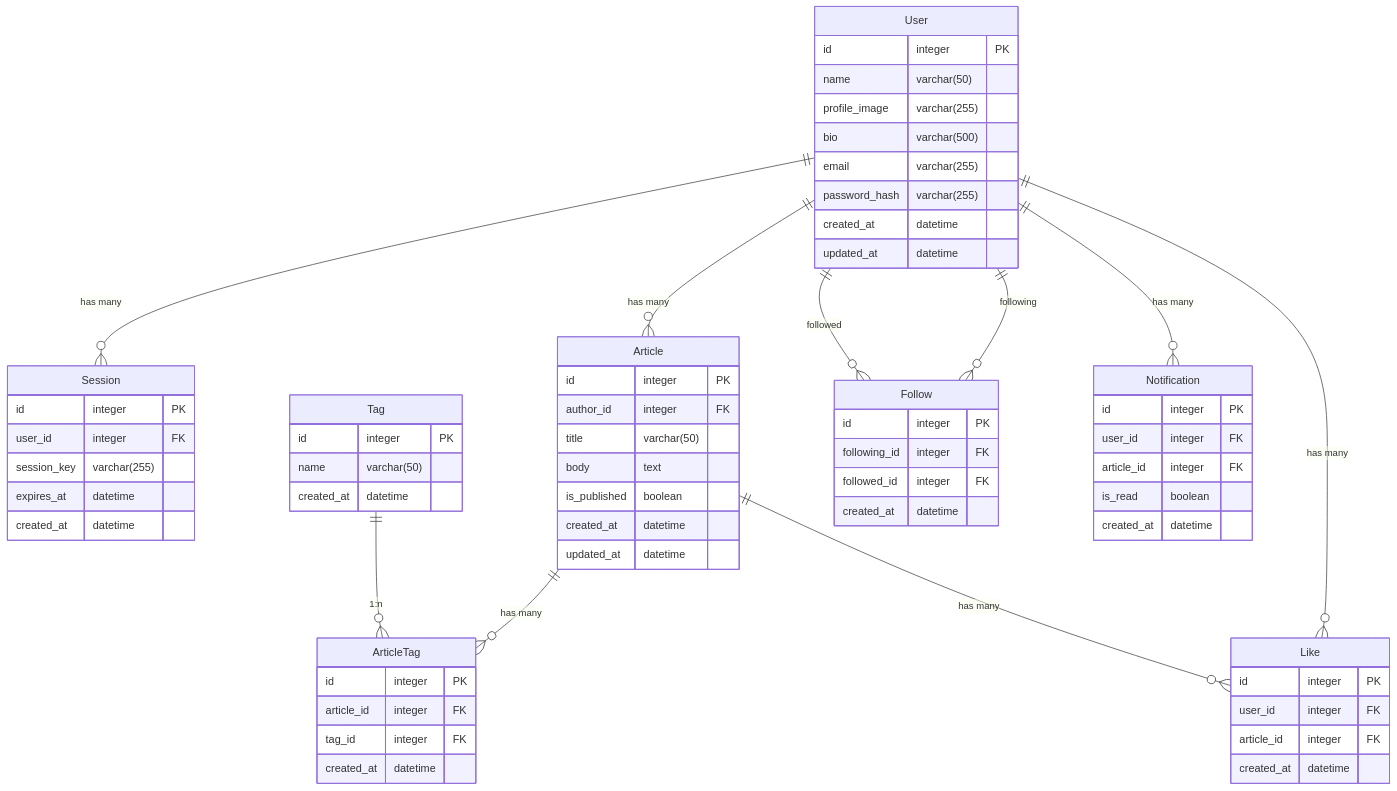
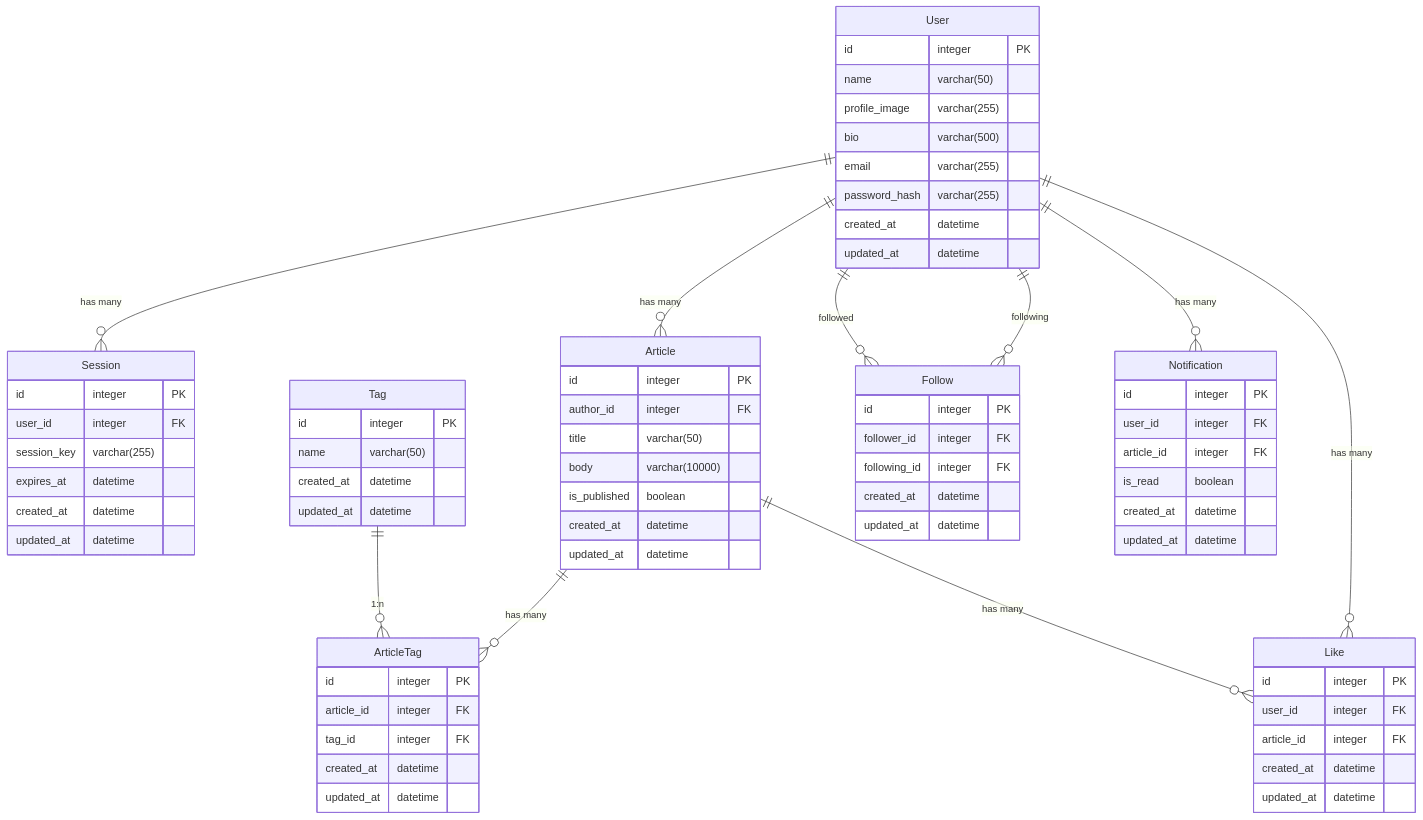
One commit to doguto/nari-note changed the diagram in docs/er-diagram.md. Above: the diagram before and after it, drawn with Mermaid. The commit also changed other lines of this file and 13 other files, not shown here.

````diff
--- a/docs/er-diagram.md
+++ b/docs/er-diagram.md
@@ -36,13 +36,14 @@
     session_key varchar(255)
     expires_at datetime
     created_at datetime
+    updated_at datetime
 }
 
 Article {
     id integer PK
     author_id integer FK
     title varchar(50)
-    body text
+    body varchar(10000)
     is_published boolean
     created_at datetime
     updated_at datetime
@@ -52,6 +53,7 @@
     id integer PK
     name varchar(50)
     created_at datetime
+    updated_at datetime
 }
 
 ArticleTag {
@@ -59,6 +61,7 @@
     article_id integer FK
     tag_id integer FK
     created_at datetime
+    updated_at datetime
 }
 
 Like {
@@ -66,13 +69,15 @@
     user_id integer FK
     article_id integer FK
     created_at datetime
+    updated_at datetime
 }
 
 Follow {
     id integer PK
+    follower_id integer FK
     following_id integer FK
-    followed_id integer FK
     created_at datetime
+    updated_at datetime
 }
 
 Notification {
@@ -81,5 +86,6 @@
     article_id integer FK
     is_read boolean
     created_at datetime
+    updated_at datetime
 }
 ```
````
